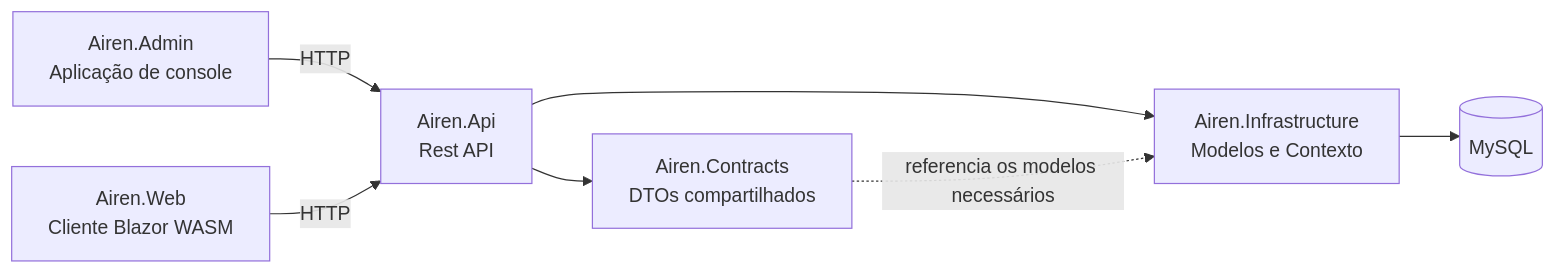
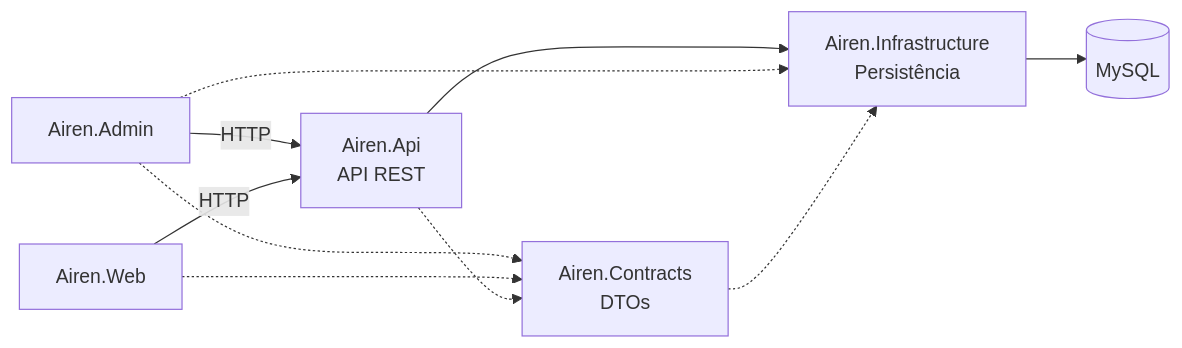
The diagram in README.md (diegotassodev/airen-core), drawn with Mermaid before and after one commit. The commit also changed other lines of this file, not shown here.

````diff
--- a/README.md
+++ b/README.md
@@ -9,9 +9,19 @@
 ```mermaid
 flowchart LR
-		Admin[Airen.Admin\nAplicação de console] -->|HTTP| API[Airen.Api\nRest API]
-		Web[Airen.Web\nCliente Blazor WASM] -->|HTTP| API
-		API --> Contracts[Airen.Contracts\nDTOs compartilhados]
-		API --> Infra[Airen.Infrastructure\nModelos e Contexto]
-		Contracts -.->|referencia os modelos necessários| Infra
-		Infra --> DB[(MySQL)]
+    Admin[Airen.Admin]
+    Web[Airen.Web]
+    Contracts[Airen.Contracts<br/>DTOs]
+    API[Airen.Api<br/>API REST]
+    Infra[Airen.Infrastructure<br/>Persistência]
+    DB[(MySQL)]
+
+    Admin -->|HTTP| API
+    Web -->|HTTP| API
+    Admin -.-> Contracts
+    Web -.-> Contracts
+    API -.-> Contracts
+    API --> Infra --> DB
+
+    Admin -.->| | Infra
+    Contracts -.->| | Infra
 ```
````
